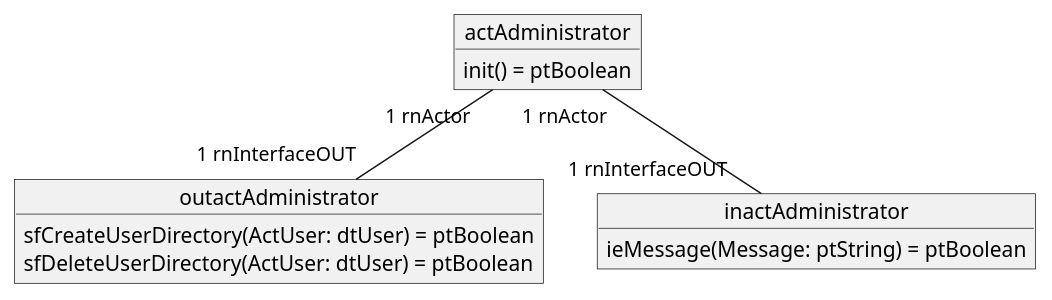
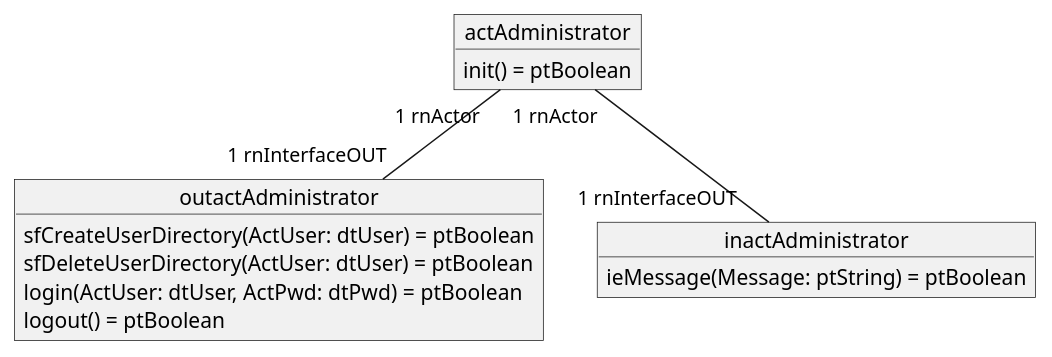
The diagram in environmentmodel1.puml (charelF/SE1), drawn with PlantUML before and after one commit.

```diff
--- a/environmentmodel1.puml
+++ b/environmentmodel1.puml
@@ -1,15 +1,17 @@
 @startuml
 object "actAdministrator" as A1
 object "outactAdministrator" as A2
 object "inactAdministrator" as A3
 
 A1 "1 rnActor" -- "1 rnInterfaceOUT" A2
 A1 "1 rnActor" -- "1 rnInterfaceOUT" A3
 
 A1 : init() = ptBoolean
 
 A2 : sfCreateUserDirectory(ActUser: dtUser) = ptBoolean
 A2 : sfDeleteUserDirectory(ActUser: dtUser) = ptBoolean
+A2 : login(ActUser: dtUser, ActPwd: dtPwd) = ptBoolean
+A2 : logout() = ptBoolean
 
 A3 : ieMessage(Message: ptString) = ptBoolean
 @enduml
```
